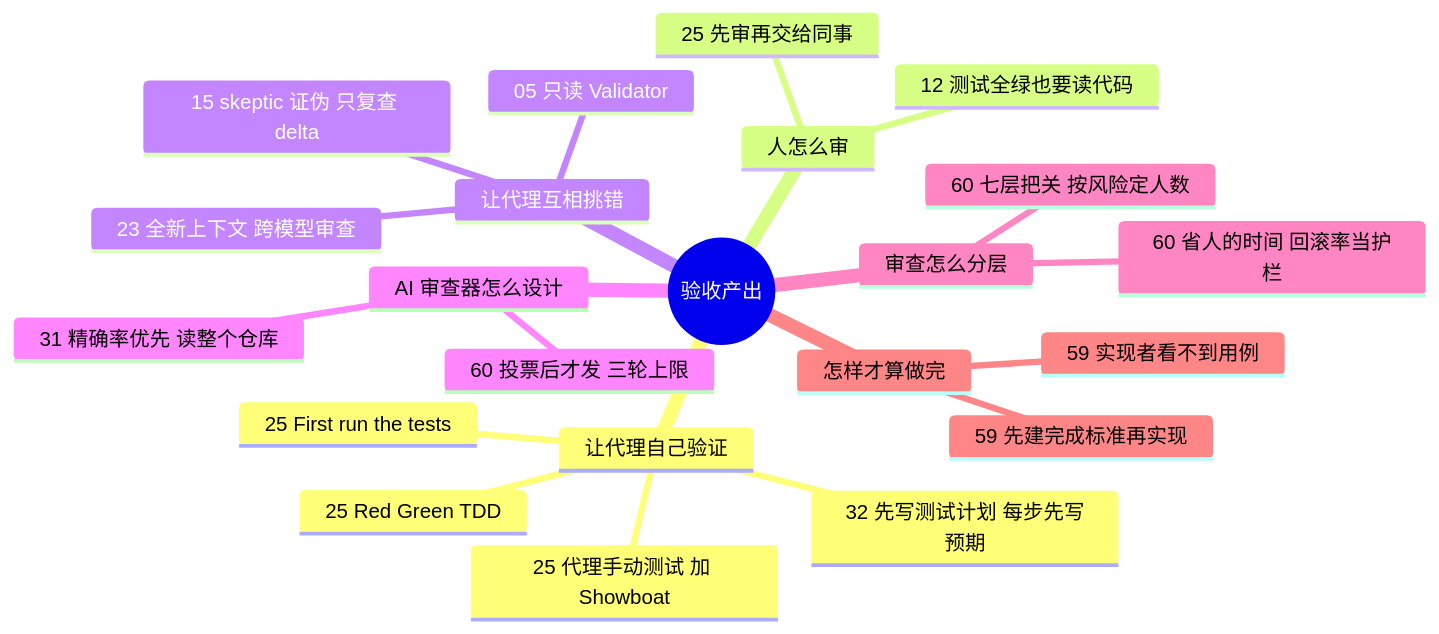
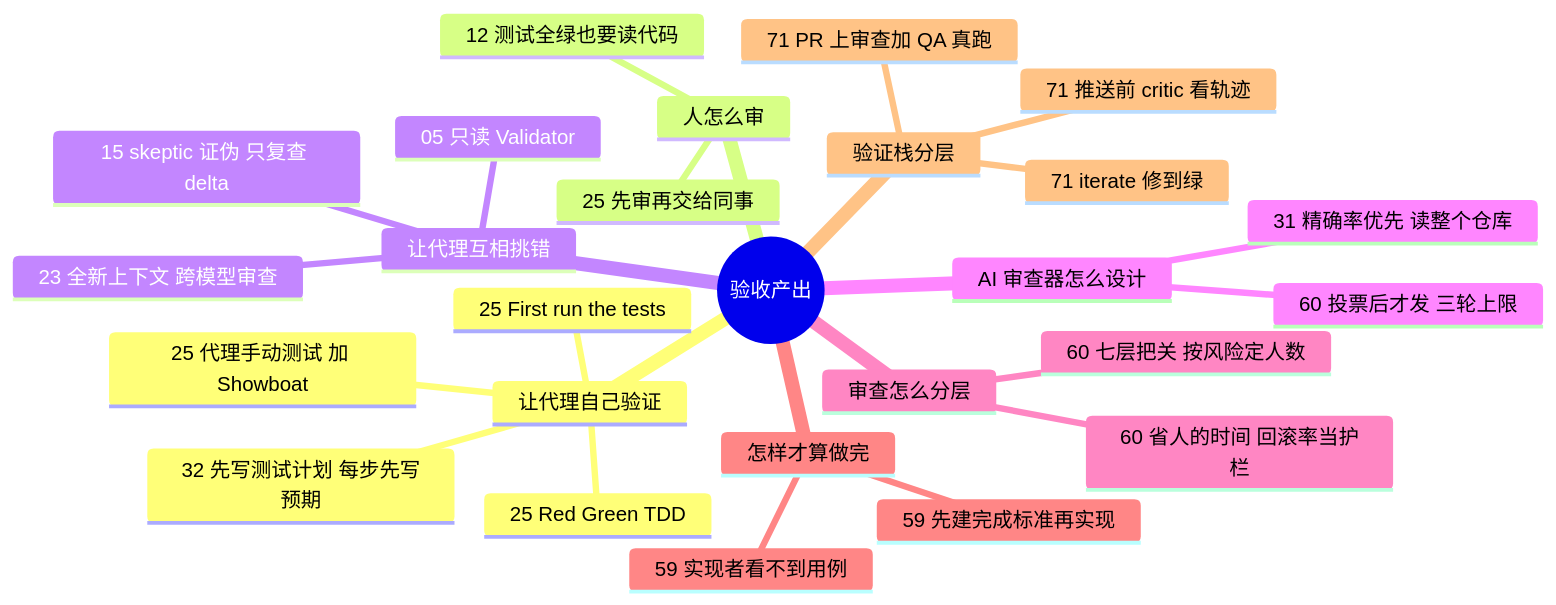
The diagram in docs/guide/review.md (yzw7489757/ai-coding-videos), drawn with Mermaid before and after one commit. The commit also changed other lines of this file and 19 other files, not shown here.

````diff
--- a/docs/guide/review.md
+++ b/docs/guide/review.md
@@ -15,25 +15,29 @@
 ```mermaid
 mindmap
   root((验收产出))
     让代理自己验证
       25 Red Green TDD
       25 First run the tests
       25 代理手动测试 加 Showboat
       32 先写测试计划 每步先写预期
     人怎么审
       12 测试全绿也要读代码
       25 先审再交给同事
     让代理互相挑错
       15 skeptic 证伪 只复查 delta
       05 只读 Validator
       23 全新上下文 跨模型审查
     AI 审查器怎么设计
       31 精确率优先 读整个仓库
       60 投票后才发 三轮上限
     审查怎么分层
       60 七层把关 按风险定人数
       60 省人的时间 回滚率当护栏
     怎样才算做完
       59 先建完成标准再实现
       59 实现者看不到用例
+    验证栈分层
+      71 推送前 critic 看轨迹
+      71 PR 上审查加 QA 真跑
+      71 iterate 修到绿
 ```
````
